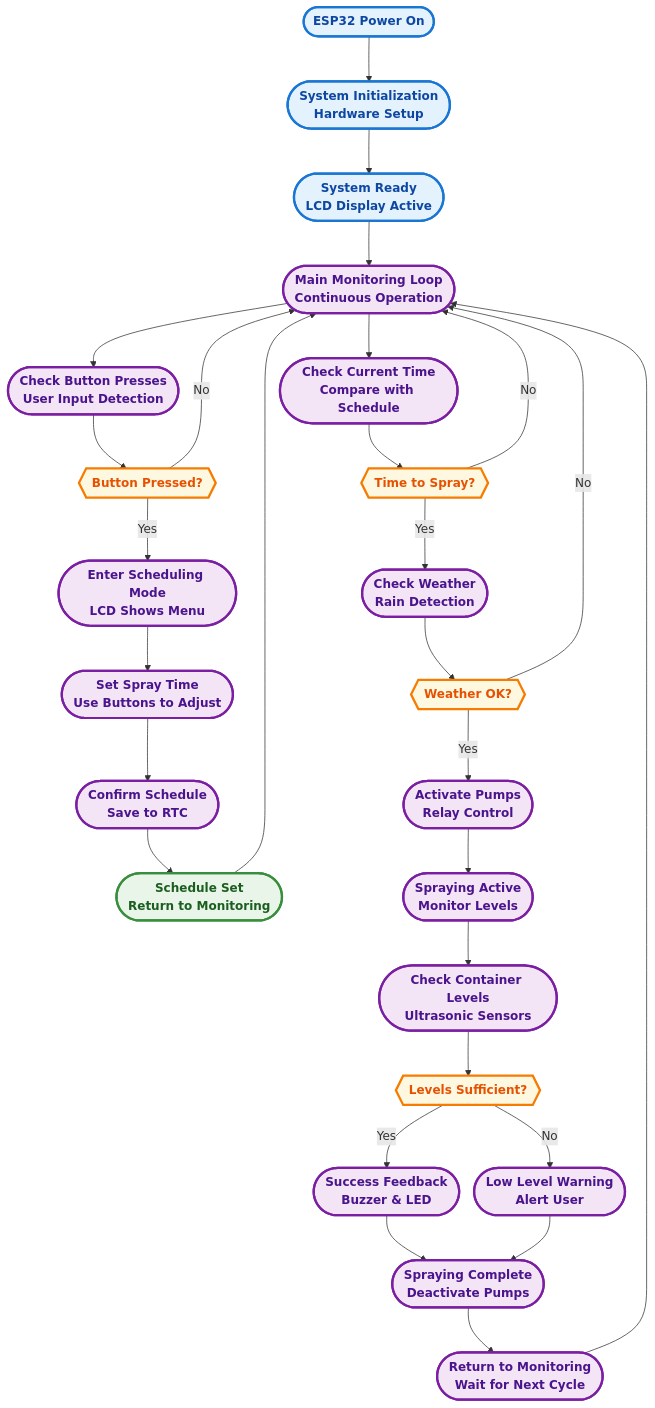
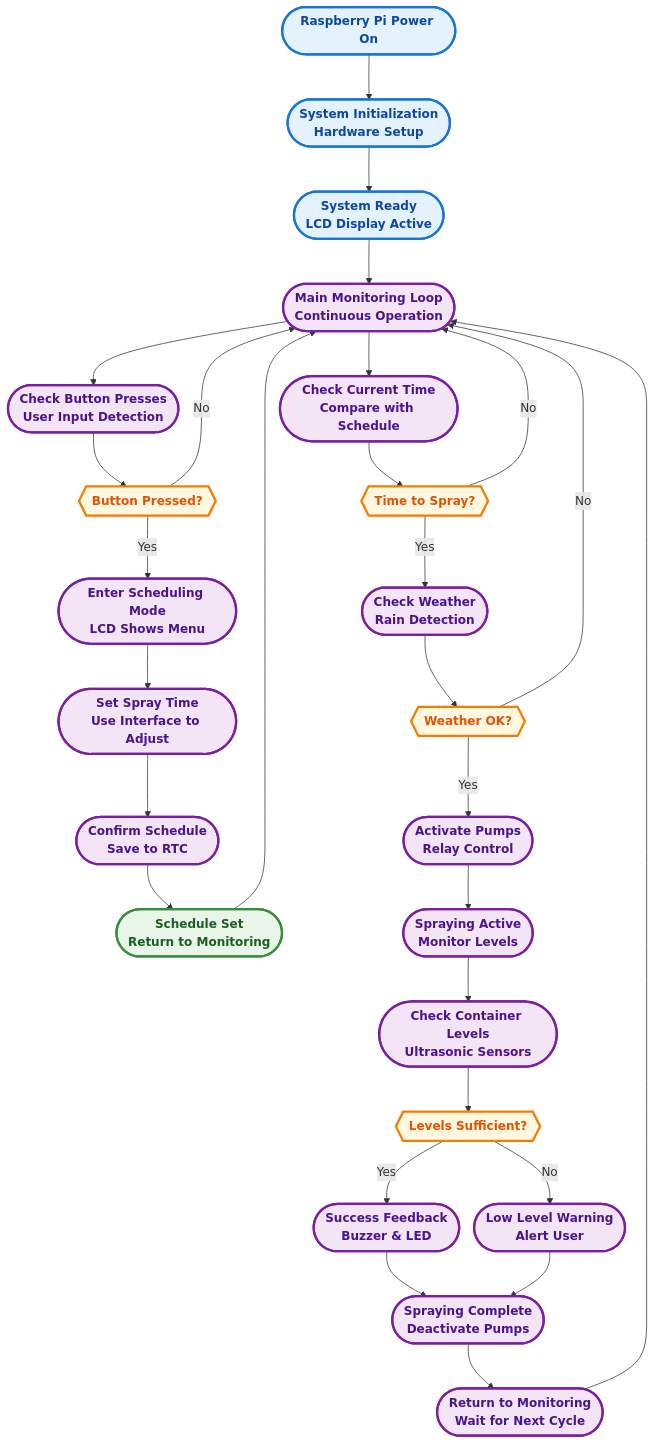
The diagram in diagram/SmartSprayer_Flowchart.md (qppd/Smart-Sprayer), drawn with Mermaid before and after one commit. The commit also changed other lines of this file, not shown here.

Commit message:
Update flowchart and docs: switch ESP32 to Raspberry Pi

```diff
--- a/diagram/SmartSprayer_Flowchart.md
+++ b/diagram/SmartSprayer_Flowchart.md
@@ -4,7 +4,7 @@
 %%{init: {'flowchart': {'nodeSpacing': 20, 'rankSpacing': 60}}}%%
 flowchart TD
     %% System Startup
-    START(["ESP32 Power On"])
+    START(["Raspberry Pi Power On"])
     SETUP(["System Initialization<br/>Hardware Setup"])
     READY(["System Ready<br/>LCD Display Active"])
 
@@ -15,7 +15,7 @@
 
     %% Scheduling Process
     SCHEDULING_MODE(["Enter Scheduling Mode<br/>LCD Shows Menu"])
-    SET_TIME(["Set Spray Time<br/>Use Buttons to Adjust"])
+    SET_TIME(["Set Spray Time<br/>Use Interface to Adjust"])
     CONFIRM_TIME(["Confirm Schedule<br/>Save to RTC"])
     SCHEDULED(["Schedule Set<br/>Return to Monitoring"])
 
```
